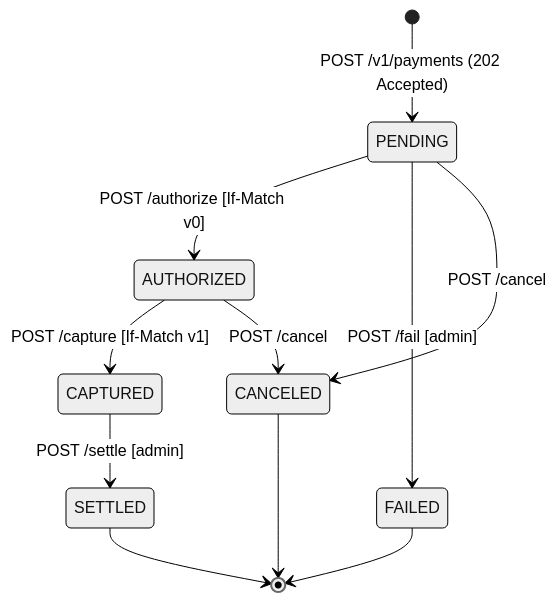
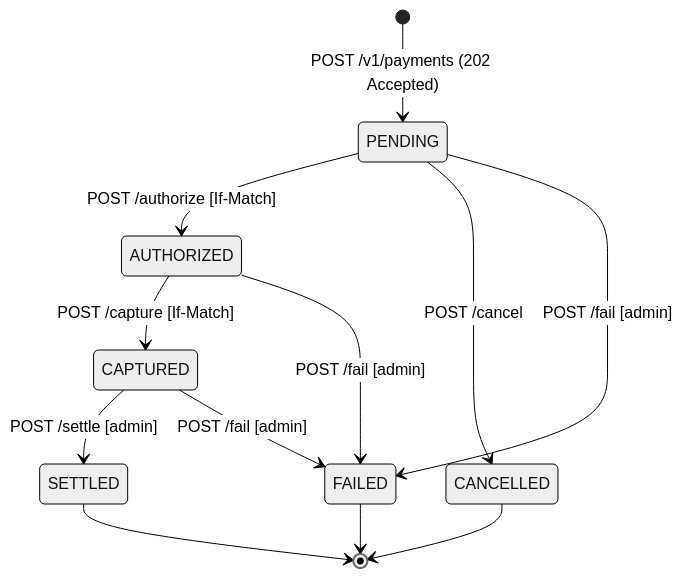
Before and after one commit to Bettonix/payments-api: the sixth of 6 diagrams in README.md, drawn with Mermaid (neutral theme). The commit also changed other lines of this file and 1 other file, not shown here.

Commit message:
docs: polish mermaid diagrams and align with domain rules

````diff
--- a/README.md
+++ b/README.md
@@ -216,13 +232,14 @@
 ```mermaid
 stateDiagram-v2
     [*] --> PENDING: POST /v1/payments (202 Accepted)
-    PENDING --> AUTHORIZED: POST /authorize [If-Match v0]
+    PENDING --> AUTHORIZED: POST /authorize [If-Match]
+    PENDING --> CANCELLED: POST /cancel
     PENDING --> FAILED: POST /fail [admin]
-    PENDING --> CANCELED: POST /cancel
-    AUTHORIZED --> CAPTURED: POST /capture [If-Match v1]
-    AUTHORIZED --> CANCELED: POST /cancel
+    AUTHORIZED --> CAPTURED: POST /capture [If-Match]
+    AUTHORIZED --> FAILED: POST /fail [admin]
     CAPTURED --> SETTLED: POST /settle [admin]
+    CAPTURED --> FAILED: POST /fail [admin]
     SETTLED --> [*]
     FAILED --> [*]
-    CANCELED --> [*]
+    CANCELLED --> [*]
 ```
````
